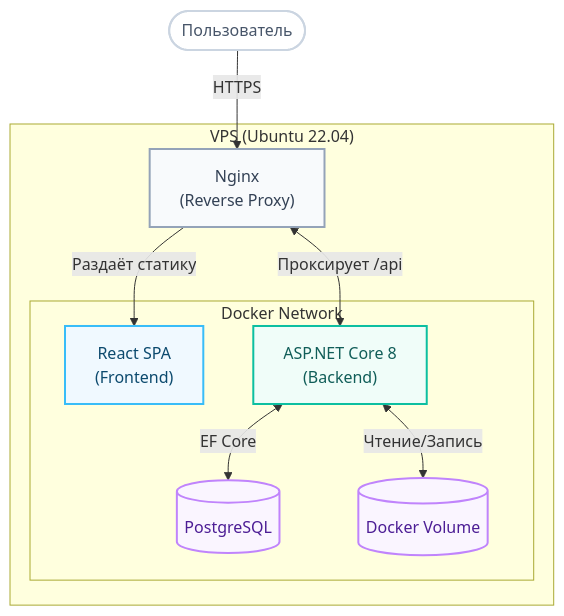
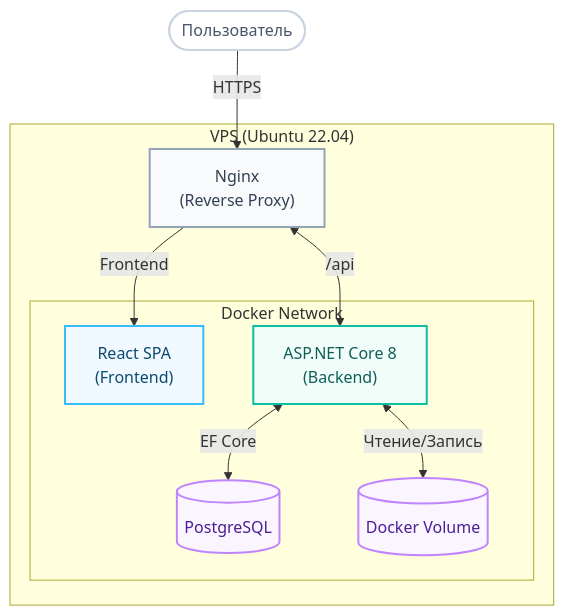
One commit to Digital-SGN/StudentCouncilPlatform changed the diagram in README.md. Above: the diagram before and after it, drawn with Mermaid.

````diff
--- a/README.md
+++ b/README.md
@@ -60,35 +60,35 @@
 ```mermaid
 flowchart TD
     User([Пользователь])
     
     subgraph VPS ["VPS (Ubuntu 22.04)"]
         Nginx["Nginx<br/>(Reverse Proxy)"]
         
         subgraph Docker ["Docker Network"]
             Frontend["React SPA<br/>(Frontend)"]
             Backend["ASP.NET Core 8<br/>(Backend)"]
             DB[("PostgreSQL")]
             Storage[("Docker Volume")]
         end
     end
 
     User -->|HTTPS| Nginx
-    Nginx -->|Раздаёт статику| Frontend
-    Nginx <-->|Проксирует /api| Backend
+    Nginx -->|Frontend| Frontend
+    Nginx <-->|/api| Backend
     
     Backend <-->|EF Core| DB
     Backend <-->|Чтение/Запись| Storage
 
     classDef user fill:#ffffff,stroke:#cbd5e1,stroke-width:2px,color:#475569;
     classDef frontend fill:#f0f9ff,stroke:#38bdf8,stroke-width:2px,color:#0c4a6e;
     classDef backend fill:#f0fdf9,stroke:#0CBFA1,stroke-width:2px,color:#115e59;
     classDef database fill:#faf5ff,stroke:#c084fc,stroke-width:2px,color:#4c1d95;
     classDef infra fill:#f8fafc,stroke:#94a3b8,stroke-width:2px,color:#334155;
 
     class User user;
     class Nginx infra;
     class Frontend frontend;
     class Backend backend;
     class DB database;
     class Storage database;
 ```
````
